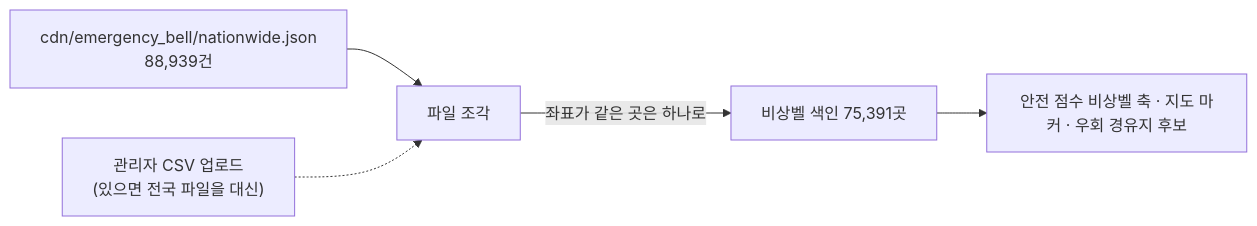
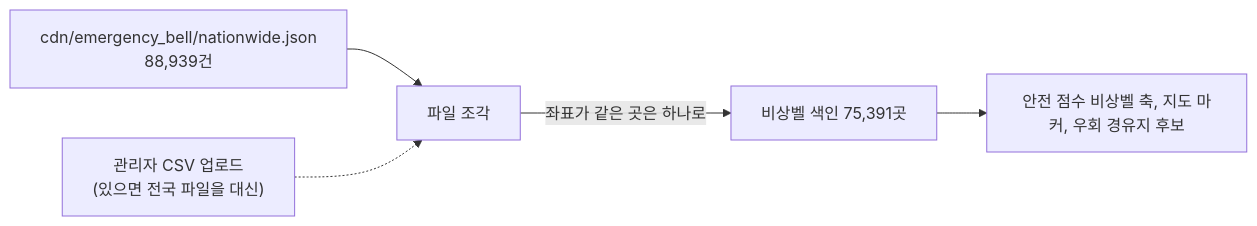
Before and after one commit to soo-ai-agent/bueongi-backend: the diagram in docs/safety-spots/emergency-bell.md, drawn with Mermaid. The commit also changed other lines of this file and 8 other files, not shown here.

````diff
--- a/docs/safety-spots/emergency-bell.md
+++ b/docs/safety-spots/emergency-bell.md
@@ -13,7 +14,7 @@
 ```mermaid
 flowchart LR
     NATION["cdn/emergency_bell/nationwide.json<br/>88,939건"] --> FILE["파일 조각"]
     UP["관리자 CSV 업로드<br/>(있으면 전국 파일을 대신)"] -.-> FILE
     FILE -->|"좌표가 같은 곳은 하나로"| IDX["비상벨 색인 75,391곳"]
-    IDX --> USE["안전 점수 비상벨 축 · 지도 마커 · 우회 경유지 후보"]
+    IDX --> USE["안전 점수 비상벨 축, 지도 마커, 우회 경유지 후보"]
 ```
````
